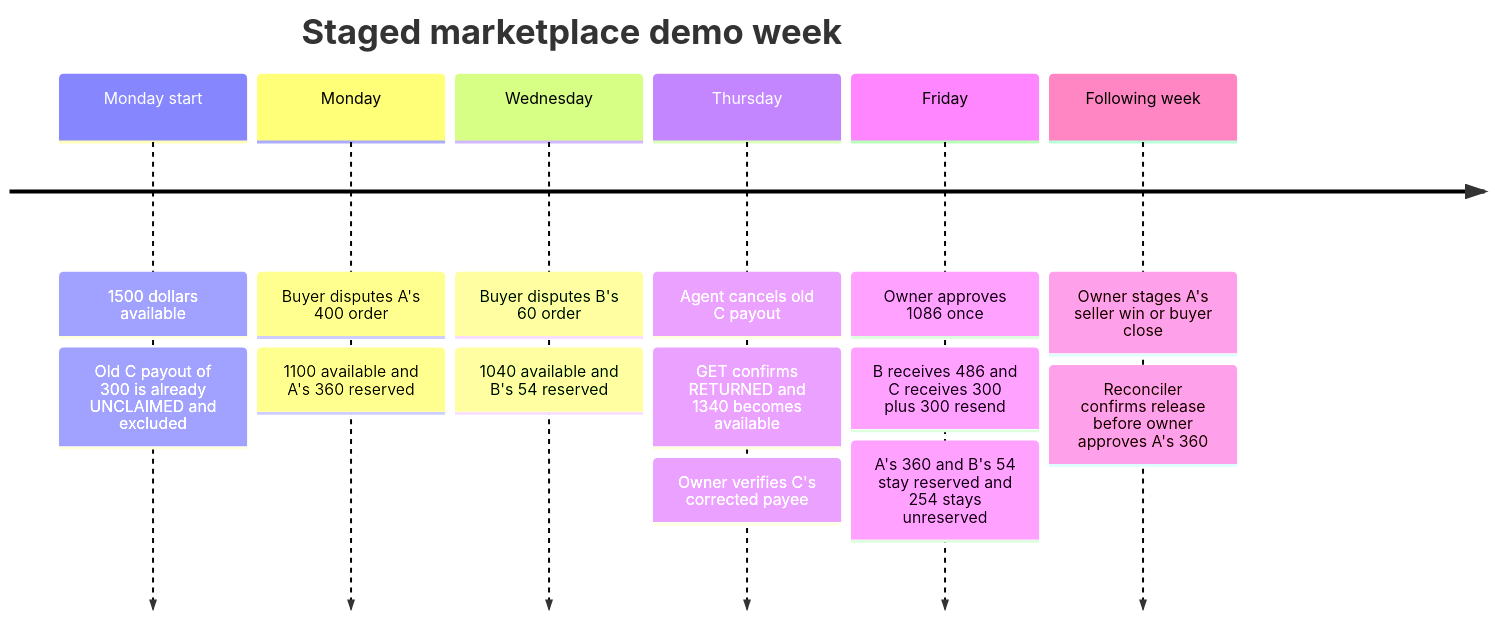
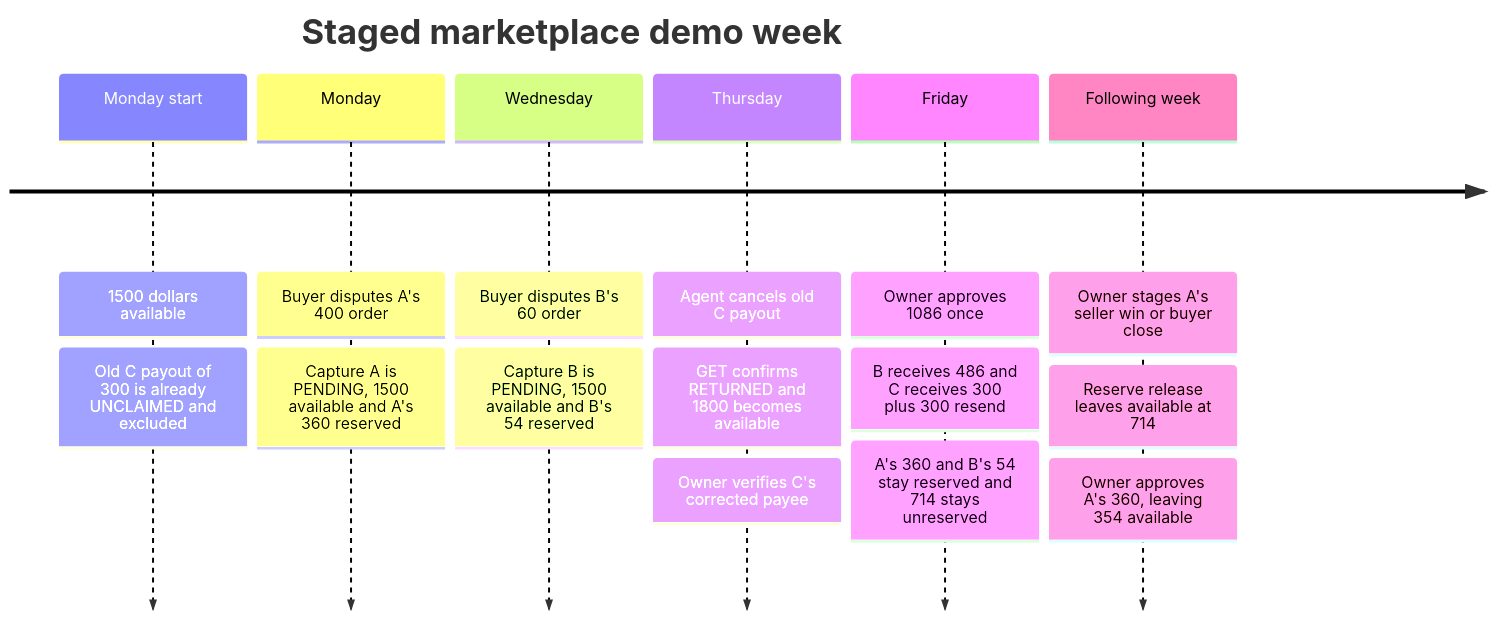
One commit to Razeefshaik/CounterSign changed the diagram in docs/walkthrough/c25-demo-week.md. Above: the diagram before and after it, drawn with Mermaid. The commit also changed other lines of this file and 1 other file, not shown here.

Commit message:
C25: document no-hold cash flows and validation results

````diff
--- a/docs/walkthrough/c25-demo-week.md
+++ b/docs/walkthrough/c25-demo-week.md
@@ -24,18 +24,19 @@
 ```mermaid
 timeline
     title Staged marketplace demo week
     Monday start : 1500 dollars available
                  : Old C payout of 300 is already UNCLAIMED and excluded
     Monday : Buyer disputes A's 400 order
-           : 1100 available and A's 360 reserved
+           : Capture A is PENDING, 1500 available and A's 360 reserved
     Wednesday : Buyer disputes B's 60 order
-              : 1040 available and B's 54 reserved
+              : Capture B is PENDING, 1500 available and B's 54 reserved
     Thursday : Agent cancels old C payout
-             : GET confirms RETURNED and 1340 becomes available
+             : GET confirms RETURNED and 1800 becomes available
              : Owner verifies C's corrected payee
     Friday : Owner approves 1086 once
            : B receives 486 and C receives 300 plus 300 resend
-           : A's 360 and B's 54 stay reserved and 254 stays unreserved
+           : A's 360 and B's 54 stay reserved and 714 stays unreserved
     Following week : Owner stages A's seller win or buyer close
-                   : Reconciler confirms release before owner approves A's 360
+                   : Reserve release leaves available at 714
+                   : Owner approves A's 360, leaving 354 available
 ```
````
